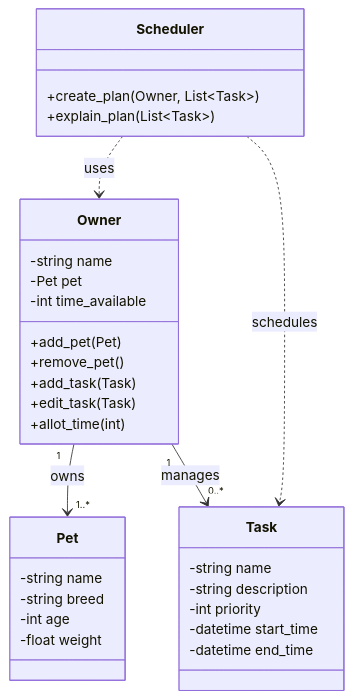
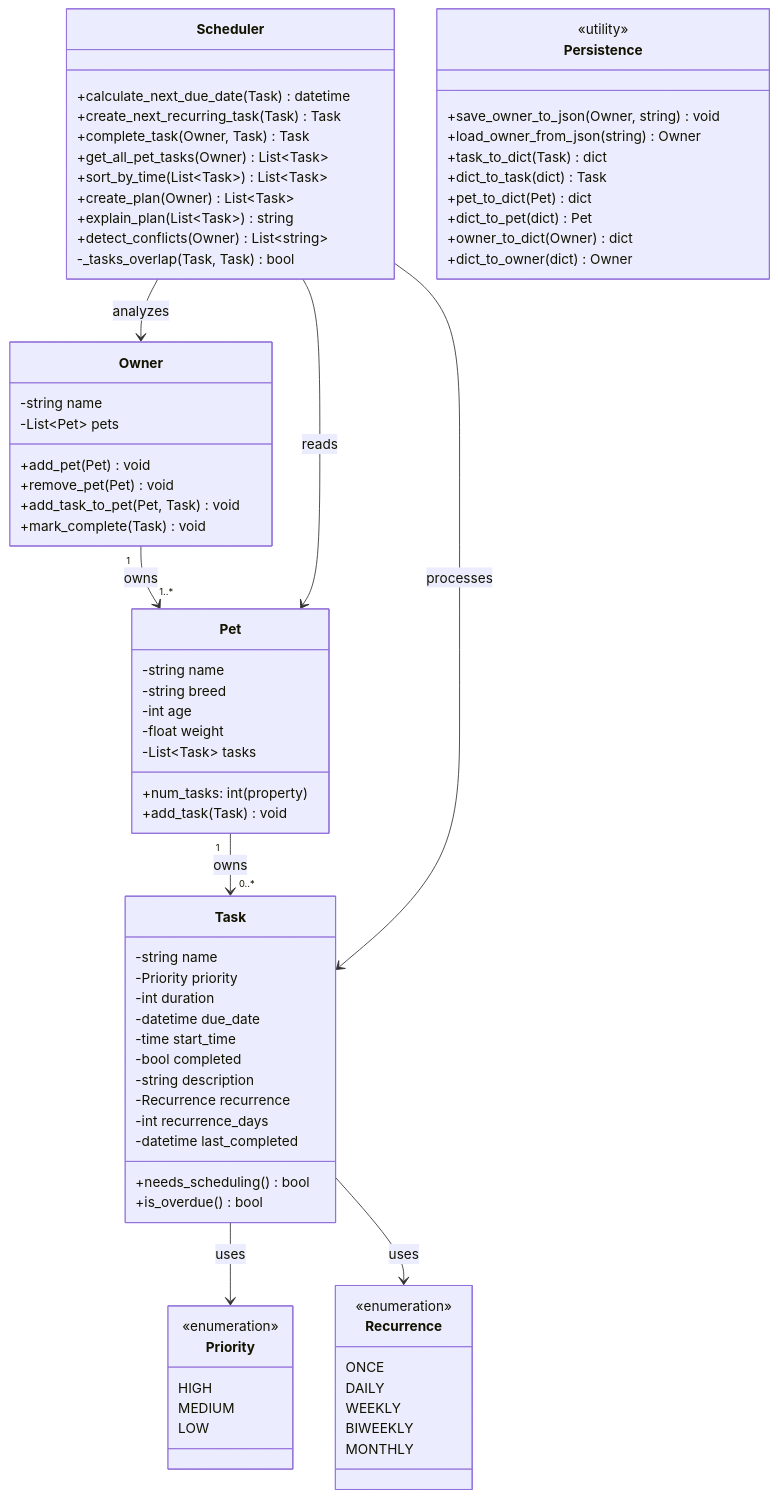
The diagram in class_diagram.md (sgordon2004/ai110-module2show-pawpal-starter), drawn with Mermaid before and after one commit. The commit also changed other lines of this file and 2 other files, not shown here.

Commit message:
final commits

````diff
--- a/class_diagram.md
+++ b/class_diagram.md
@@ -4,13 +4,11 @@
 classDiagram
     class Owner {
         -string name
-        -Pet pet
-        -int time_available
-        +add_pet(Pet)
-        +remove_pet()
-        +add_task(Task)
-        +edit_task(Task)
-        +allot_time(int)
+        -List~Pet~ pets
+        +add_pet(Pet) void
+        +remove_pet(Pet) void
+        +add_task_to_pet(Pet, Task) void
+        +mark_complete(Task) void
     }
 
     class Pet {
@@ -18,23 +16,71 @@
         -string breed
         -int age
         -float weight
+        -List~Task~ tasks
+        +num_tasks: int (property)
+        +add_task(Task) void
     }
 
     class Task {
         -string name
+        -Priority priority
+        -int duration
+        -datetime due_date
+        -time start_time
+        -bool completed
         -string description
-        -int priority
-        -datetime start_time
-        -datetime end_time
+        -Recurrence recurrence
+        -int recurrence_days
+        -datetime last_completed
+        +needs_scheduling() bool
+        +is_overdue() bool
+    }
+
+    class Priority {
+        <<enumeration>>
+        HIGH
+        MEDIUM
+        LOW
+    }
+
+    class Recurrence {
+        <<enumeration>>
+        ONCE
+        DAILY
+        WEEKLY
+        BIWEEKLY
+        MONTHLY
     }
 
     class Scheduler {
-        +create_plan(Owner, List~Task~)
-        +explain_plan(List~Task~)
+        +calculate_next_due_date(Task) datetime
+        +create_next_recurring_task(Task) Task
+        +complete_task(Owner, Task) Task
+        +get_all_pet_tasks(Owner) List~Task~
+        +sort_by_time(List~Task~) List~Task~
+        +create_plan(Owner) List~Task~
+        +explain_plan(List~Task~) string
+        +detect_conflicts(Owner) List~string~
+        -_tasks_overlap(Task, Task) bool
+    }
+
+    class Persistence {
+        <<utility>>
+        +save_owner_to_json(Owner, string) void
+        +load_owner_from_json(string) Owner
+        +task_to_dict(Task) dict
+        +dict_to_task(dict) Task
+        +pet_to_dict(Pet) dict
+        +dict_to_pet(dict) Pet
+        +owner_to_dict(Owner) dict
+        +dict_to_owner(dict) Owner
     }
 
     Owner "1" --> "1..*" Pet : owns
-    Owner "1" --> "0..*" Task : manages
-    Scheduler ..> Owner : uses
-    Scheduler ..> Task : schedules
+    Pet "1" --> "0..*" Task : owns
+    Task --> Priority : uses
+    Task --> Recurrence : uses
+    Scheduler --> Owner : analyzes
+    Scheduler --> Pet : reads
+    Scheduler --> Task : processes
 ```
````
